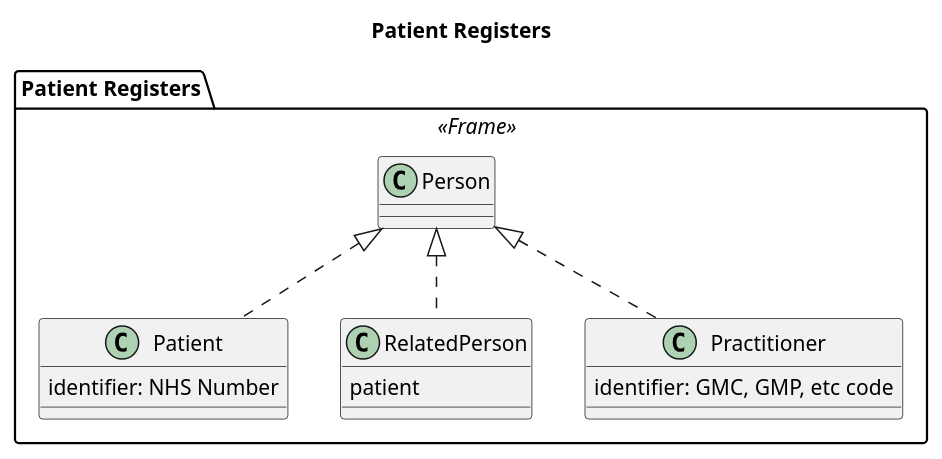
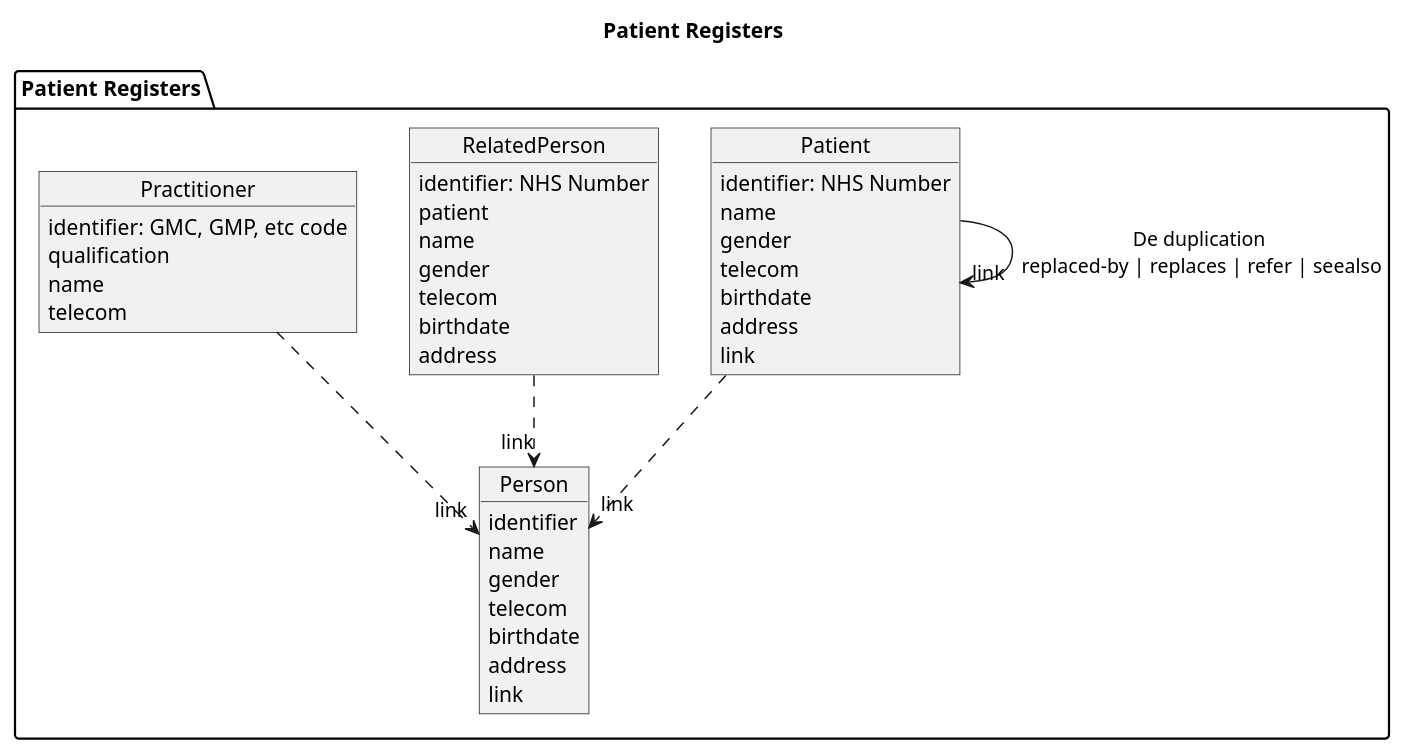
One commit to NHSDigital/interoperability-standards-documentation changed the diagram in input/images-source/administration-module-patient-registers.plantuml. Above: the diagram before and after it, drawn with PlantUML. The commit also changed 230 other files, not shown here.

Commit message:
Exploring state diagrams

```diff
--- a/input/images-source/administration-module-patient-registers.plantuml
+++ b/input/images-source/administration-module-patient-registers.plantuml
@@ -1,21 +1,48 @@
 @startuml
 
 
 title Patient Registers
 
 
-package PatientRegisters <<Frame>> as "Patient Registers" {
-  class Patient implements Person {
+package PatientRegisters as "Patient Registers" {
+  object Patient {
     identifier: NHS Number
+    name
+    gender
+    telecom
+    birthdate
+    address
+    link
   }
-  class RelatedPerson implements Person {
+  object RelatedPerson  {
+  identifier: NHS Number
     patient
+    name
+    gender
+    telecom
+    birthdate
+    address
   }
-  class Practitioner implements Person {
+  object Practitioner  {
     identifier: GMC, GMP, etc code
+    qualification
+    name
+    telecom
   }
-  class Person
-  
+  object Person {
+    identifier
+    name
+    gender
+    telecom
+    birthdate
+    address
+    link
+  }
+
+  Patient ..> "link" Person
+   Patient --> "link" Patient : De duplication \nreplaced-by | replaces | refer | seealso
+  RelatedPerson ..> "link" Person
+  Practitioner ..> "link" Person
 }
 
 @enduml
```
